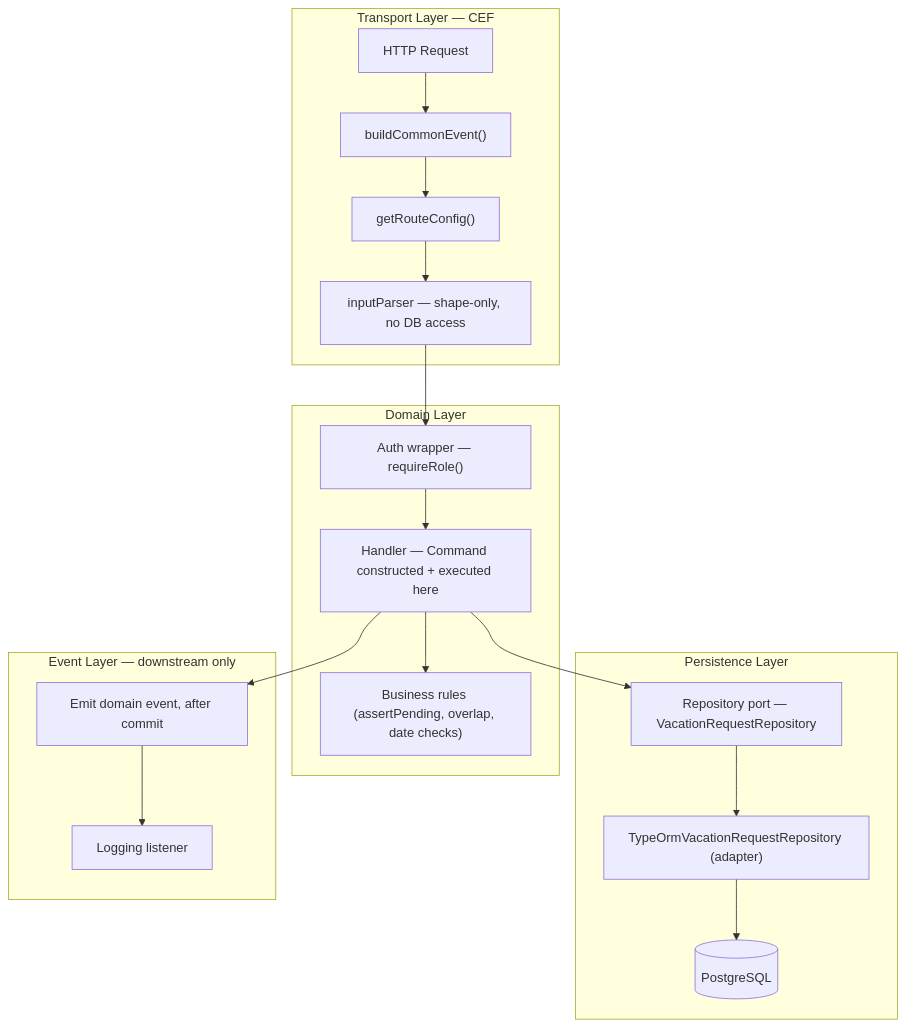
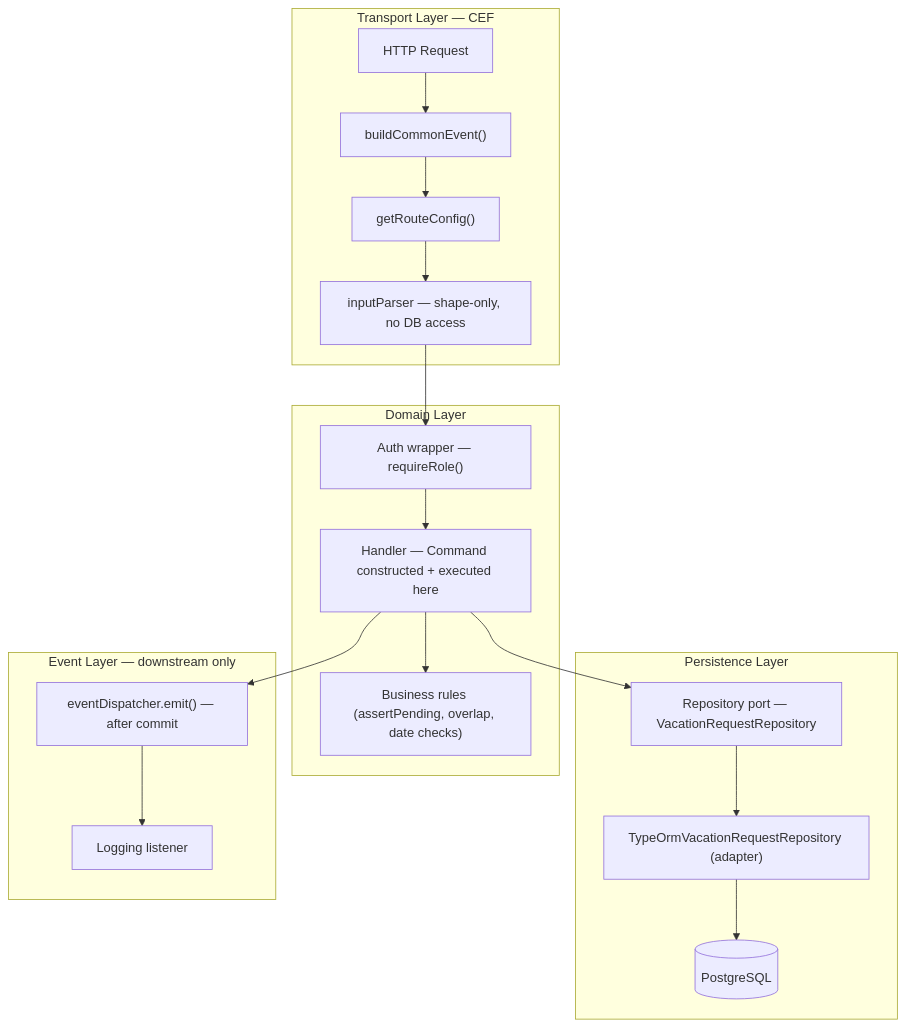
The first of 5 diagrams in docs/tdd.md (FransheskaBER/travelfactory-vacation-management), drawn with Mermaid before and after one commit. The commit also changed other lines of this file and 3 other files, not shown here.

Commit message:
docs(spec): 4.3 command bus + event dispatcher — approved spec (9 Q&As), lockstep TDD §1/§3 update (bus hop, Command interface, single-input signatures), D14 thin-executor row, record-reconciliation taxonomy in _template, checklist 4.5 listener-log obligation

````diff
--- a/docs/tdd.md
+++ b/docs/tdd.md
@@ -13,22 +13,22 @@
 ```mermaid
 flowchart TB
     subgraph Transport["Transport Layer — CEF"]
         A[HTTP Request] --> B["buildCommonEvent()"]
         B --> C["getRouteConfig()"]
         C --> D["inputParser — shape-only, no DB access"]
     end
     subgraph Domain["Domain Layer"]
         D --> E["Auth wrapper — requireRole()"]
         E --> F["Handler — Command constructed + executed here"]
         F --> G["Business rules (assertPending, overlap, date checks)"]
     end
     subgraph Persistence["Persistence Layer"]
         F --> H["Repository port — VacationRequestRepository"]
         H --> I["TypeOrmVacationRequestRepository (adapter)"]
         I --> J[(PostgreSQL)]
     end
     subgraph Events["Event Layer — downstream only"]
-        F --> K["Emit domain event, after commit"]
+        F --> K["eventDispatcher.emit() — after commit"]
         K --> L["Logging listener"]
     end
 ```
````
